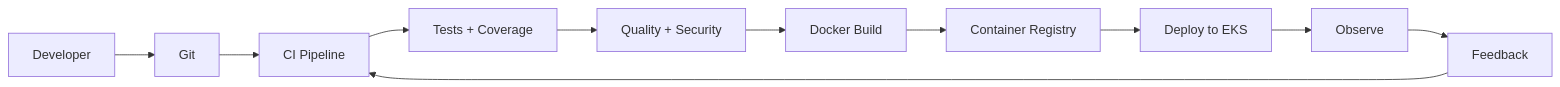
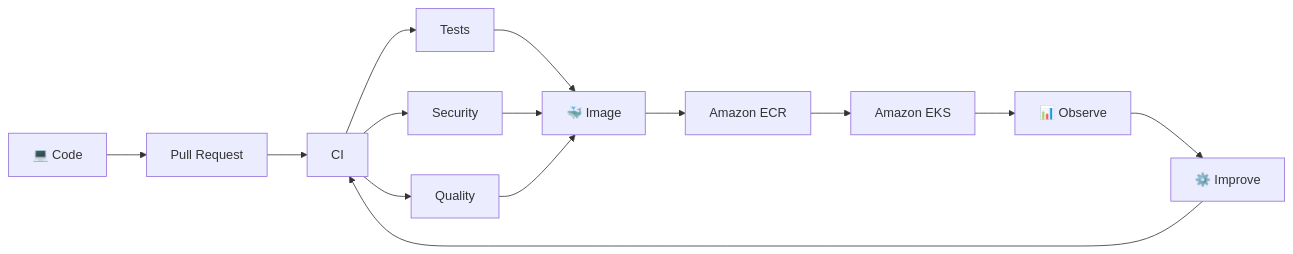
Before and after one commit to ramdrazler1/ramdrazler1: the third of 6 diagrams in README.md, drawn with Mermaid. The commit also changed other lines of this file, not shown here.

````diff
--- a/README.md
+++ b/README.md
@@ -266,13 +301,16 @@
 ```mermaid
 flowchart LR
-    Dev[Developer] --> Git[Git]
-    Git --> CI[CI Pipeline]
-    CI --> Test[Tests + Coverage]
-    Test --> Quality[Quality + Security]
-    Quality --> Docker[Docker Build]
-    Docker --> Registry[Container Registry]
-    Registry --> Deploy[Deploy to EKS]
-    Deploy --> Observe[Observe]
-    Observe --> Feedback[Feedback]
-    Feedback --> CI
+    Code["💻 Code"] --> PR["Pull Request"]
+    PR --> CI["CI"]
+    CI --> Tests["Tests"]
+    CI --> Security["Security"]
+    CI --> Quality["Quality"]
+    Tests --> Image["🐳 Image"]
+    Security --> Image
+    Quality --> Image
+    Image --> ECR["Amazon ECR"]
+    ECR --> EKS["Amazon EKS"]
+    EKS --> Observe["📊 Observe"]
+    Observe --> Improve["⚙️ Improve"]
+    Improve --> CI
 ```
````
